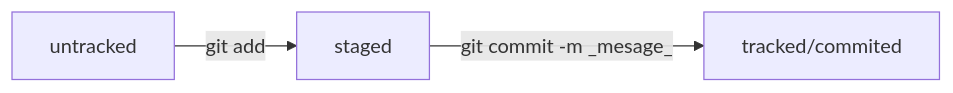
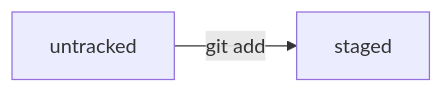
The diagram in README.md (menzy74/first-project), drawn with Mermaid before and after one commit. The commit also changed other lines of this file, not shown here.

````diff
--- a/README.md
+++ b/README.md
@@ -36,6 +36,5 @@
 ```mermaid
 %% описание схемы
 graph LR;
 untracked -- "git add" --> staged;
-staged -- "git commit -m "_mesage_"" -->tracked/commited;
 ```
````
